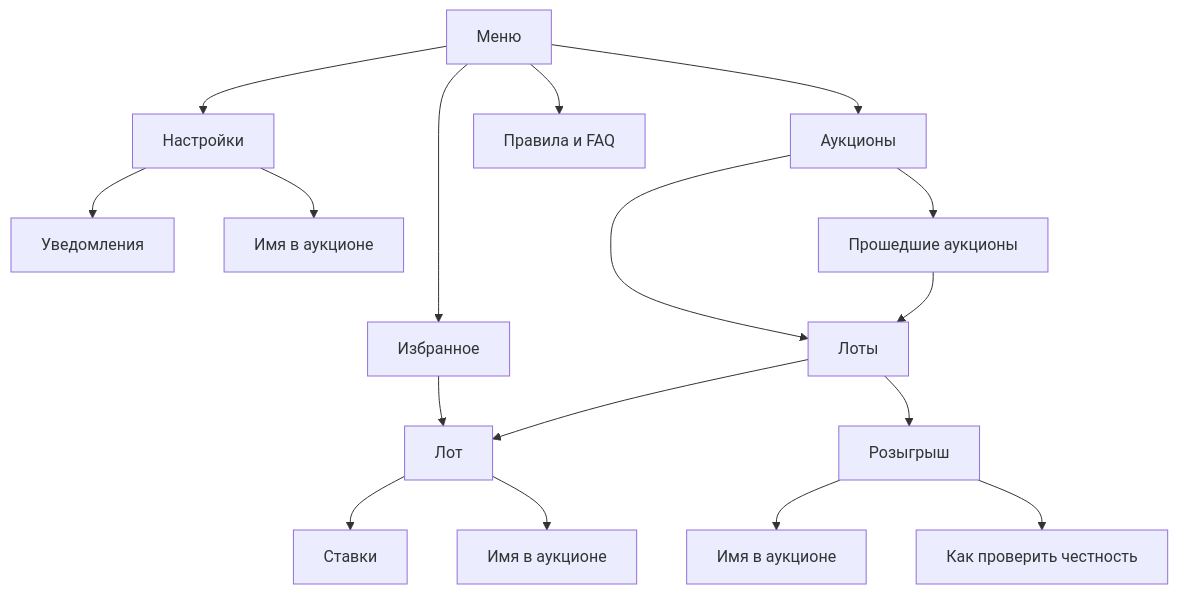
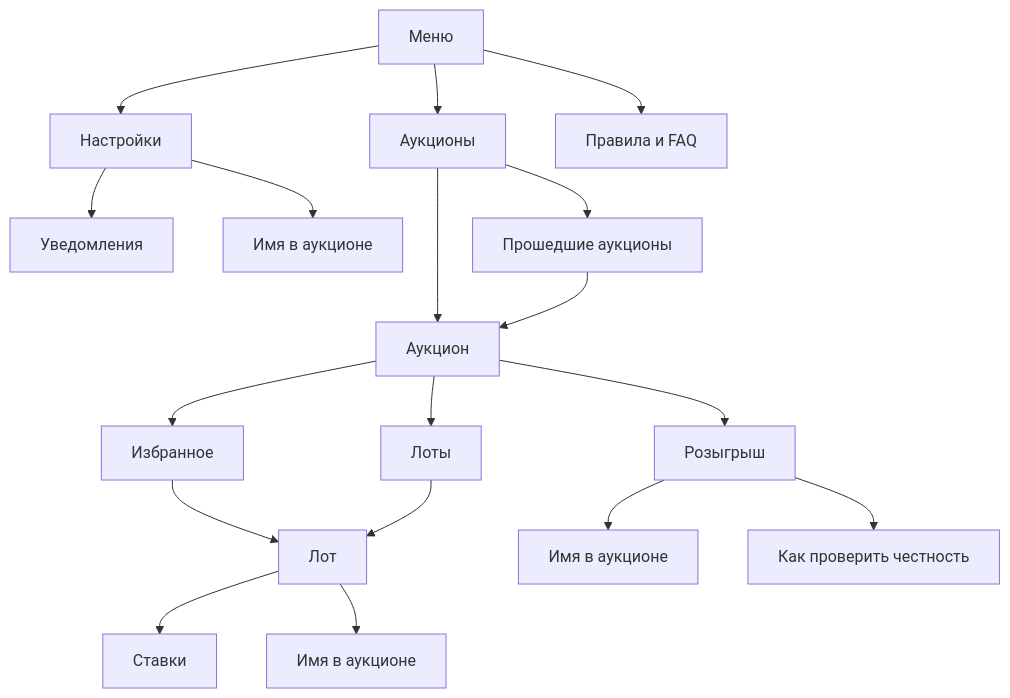
Before and after one commit to Solguficky/solguficky-hub: the second of 2 diagrams in docs/design/bot/design-code.md, drawn with Mermaid. The commit also changed other lines of this file and 53 other files, not shown here.

````diff
--- a/docs/design/bot/design-code.md
+++ b/docs/design/bot/design-code.md
@@ -103,20 +103,21 @@
 ```mermaid
 flowchart TD
     menu[Меню]
     menu --> auctions[Аукционы]
-    menu --> favorites[Избранное]
     menu --> settings[Настройки]
     menu --> faq[Правила и FAQ]
     settings --> notify[Уведомления]
     settings --> settingsName[Имя в аукционе]
     auctions --> past[Прошедшие аукционы]
-    auctions --> feed[Лоты]
+    auctions --> root[Аукцион]
+    past --> root
+    root --> feed[Лоты]
+    root --> raffle[Розыгрыш]
+    root --> favorites[Избранное]
     favorites --> lot
-    past --> feed
     feed --> lot[Лот]
     lot --> history[Ставки]
     lot --> name[Имя в аукционе]
-    feed --> raffle[Розыгрыш]
     raffle --> raffleName[Имя в аукционе]
     raffle --> raffleProof[Как проверить честность]
 ```
````
